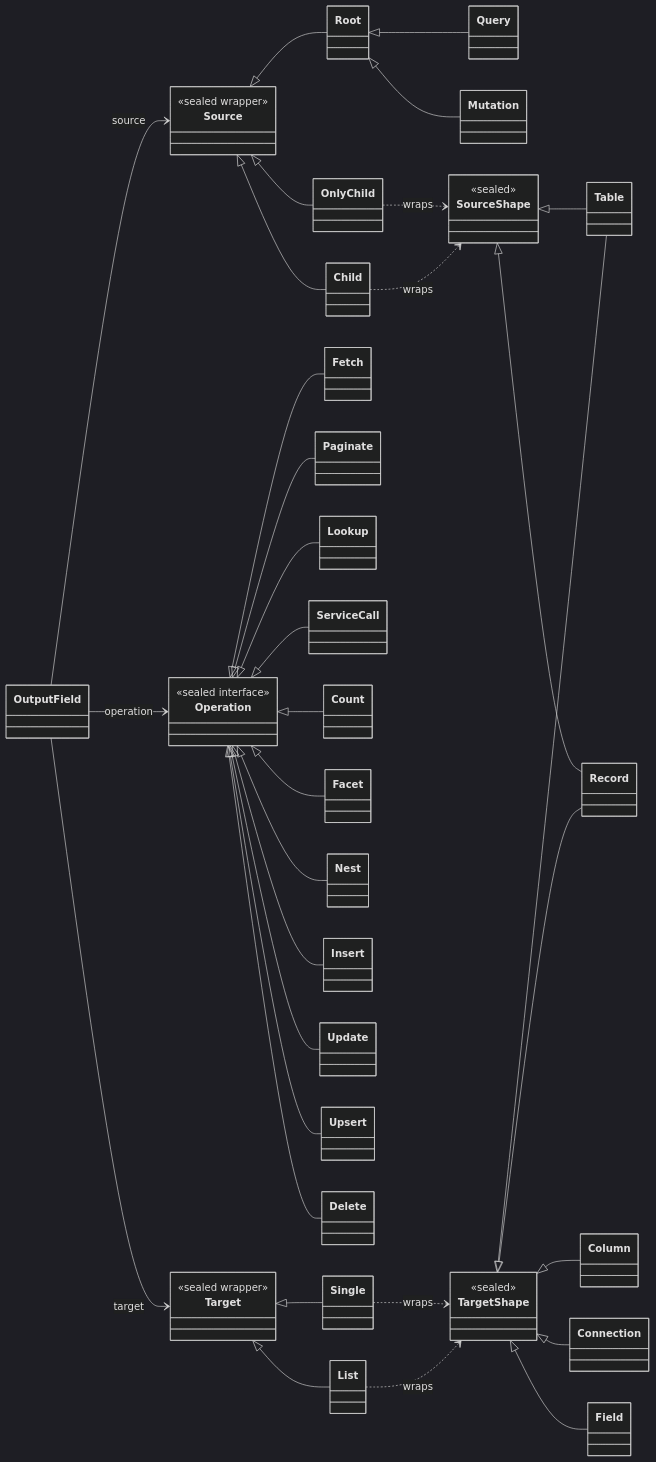
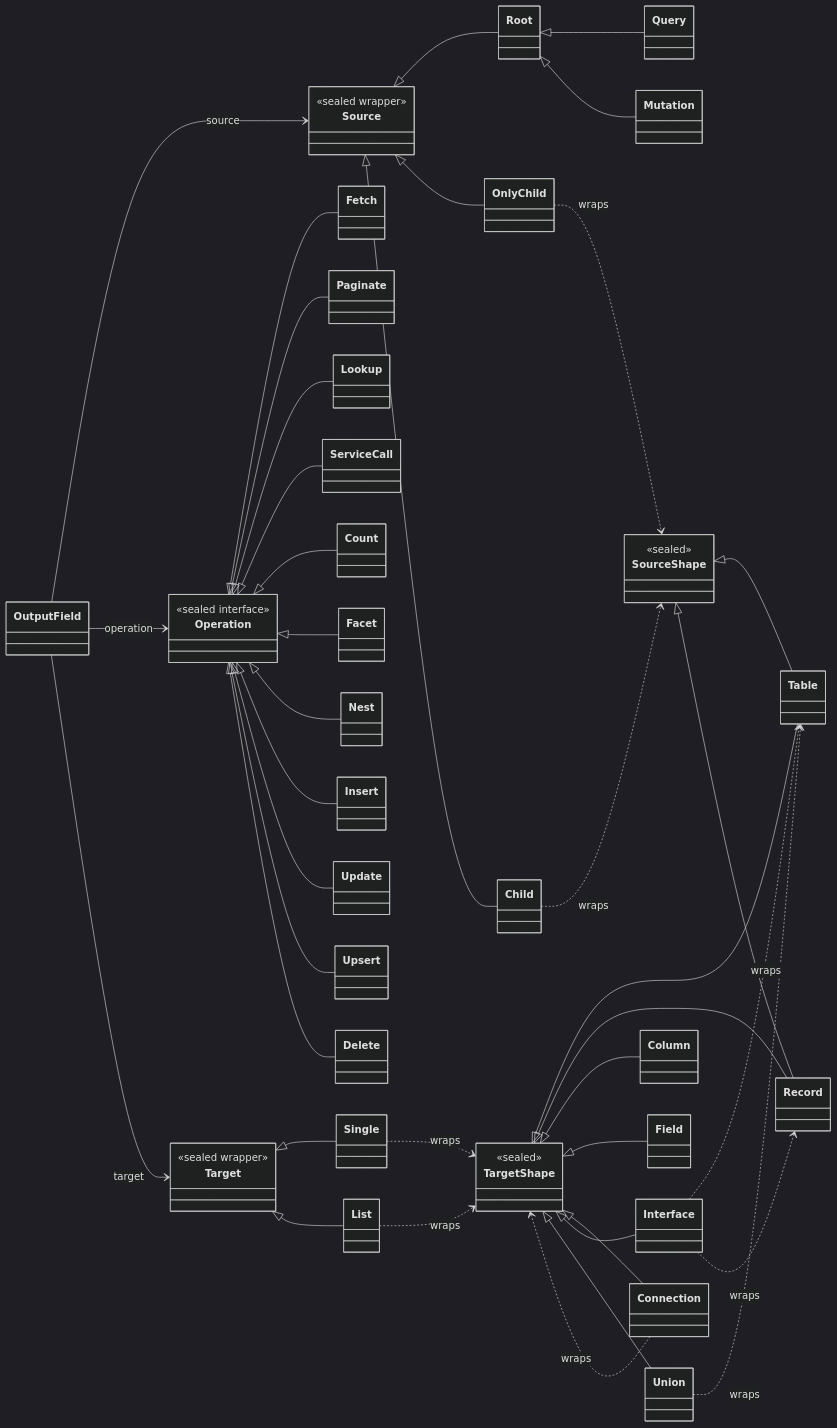
Before and after one commit to sikt-no/graphitron: the diagram in graphitron-rewrite/roadmap/source-operation-target-pivot.md, drawn with Mermaid (dark theme). The commit also changed other lines of this file, not shown here.

````diff
--- a/graphitron-rewrite/roadmap/source-operation-target-pivot.md
+++ b/graphitron-rewrite/roadmap/source-operation-target-pivot.md
@@ -38,46 +38,52 @@
 ```mermaid
 classDiagram
   direction LR
 
   OutputField --> Source : source
   OutputField --> Operation : operation
   OutputField --> Target : target
 
   class Source { <<sealed wrapper>> }
   Source <|-- Root
   Source <|-- OnlyChild
   Source <|-- Child
   Root <|-- Query
   Root <|-- Mutation
   OnlyChild ..> SourceShape : wraps
   Child ..> SourceShape : wraps
 
   class Operation { <<sealed interface>> }
   Operation <|-- Fetch
   Operation <|-- Paginate
   Operation <|-- Lookup
   Operation <|-- ServiceCall
   Operation <|-- Count
   Operation <|-- Facet
   Operation <|-- Nest
   Operation <|-- Insert
   Operation <|-- Update
   Operation <|-- Upsert
   Operation <|-- Delete
 
   class Target { <<sealed wrapper>> }
   Target <|-- Single
   Target <|-- List
   Single ..> TargetShape : wraps
   List ..> TargetShape : wraps
 
   class SourceShape { <<sealed>> }
   class TargetShape { <<sealed>> }
   SourceShape <|-- Table
   SourceShape <|-- Record
   TargetShape <|-- Table
+  TargetShape <|-- Record
   TargetShape <|-- Column
+  TargetShape <|-- Field
   TargetShape <|-- Connection
-  TargetShape <|-- Record
-  TargetShape <|-- Field
+  TargetShape <|-- Interface
+  TargetShape <|-- Union
+  Connection ..> TargetShape : wraps
+  Interface ..> Table : wraps
+  Interface ..> Record : wraps
+  Union ..> Table : wraps
 ```
````
